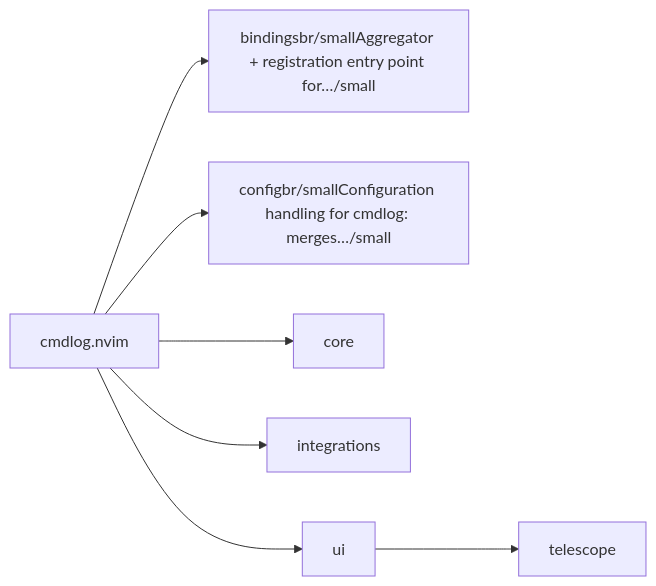
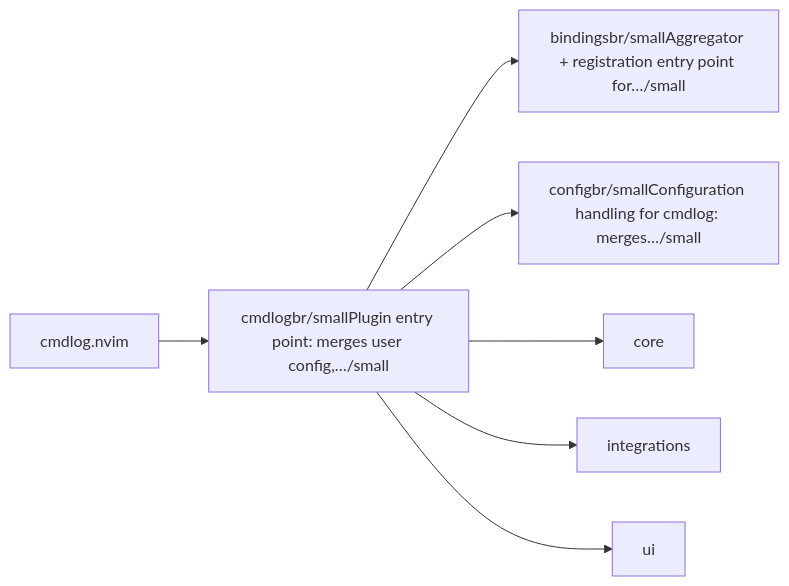
Before and after one commit to StefanBartl/cmdlog.nvim: the first of 2 diagrams in docs/map/overview.md, drawn with Mermaid. The commit also changed other lines of this file and 4 other files, not shown here.

````diff
--- a/docs/map/overview.md
+++ b/docs/map/overview.md
@@ -14,16 +14,16 @@
 ```mermaid
 flowchart LR
-  nlua_cmdlog["cmdlog.nvim"]
+  nlua["cmdlog.nvim"]
+  nlua_cmdlog["cmdlogbr/smallPlugin entry point: merges user config,…/small"]
   nlua_cmdlog_bindings["bindingsbr/smallAggregator + registration entry point for…/small"]
   nlua_cmdlog_config["configbr/smallConfiguration handling for cmdlog: merges…/small"]
   nlua_cmdlog_core["core"]
   nlua_cmdlog_integrations["integrations"]
   nlua_cmdlog_ui["ui"]
-  nlua_cmdlog_ui_telescope["telescope"]
+  nlua --> nlua_cmdlog
   nlua_cmdlog --> nlua_cmdlog_bindings
   nlua_cmdlog --> nlua_cmdlog_config
   nlua_cmdlog --> nlua_cmdlog_core
   nlua_cmdlog --> nlua_cmdlog_integrations
   nlua_cmdlog --> nlua_cmdlog_ui
-  nlua_cmdlog_ui --> nlua_cmdlog_ui_telescope
 ```
````
